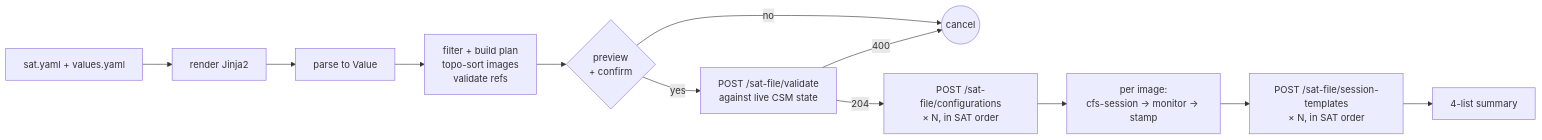
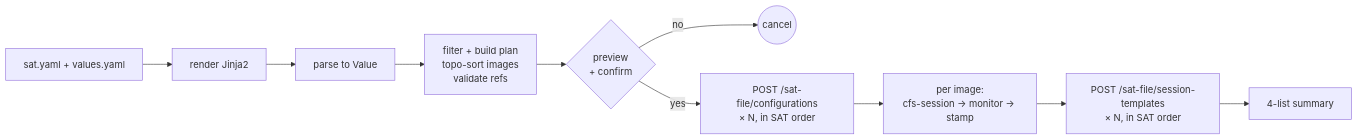
Before and after one commit to eth-cscs/manta: the first of 4 diagrams in GUIDE.md, drawn with Mermaid. The commit also changed other lines of this file and 13 other files, not shown here.

````diff
--- a/GUIDE.md
+++ b/GUIDE.md
@@ -183,14 +181,12 @@
 ```mermaid
 flowchart LR
   A[sat.yaml + values.yaml] --> B[render Jinja2]
   B --> C[parse to Value]
   C --> D[filter + build plan<br/>topo-sort images<br/>validate refs]
   D --> E{preview<br/>+ confirm}
   E -->|no| X((cancel))
-  E -->|yes| V[POST /sat-file/validate<br/>against live CSM state]
-  V -->|400| X
-  V -->|204| F[POST /sat-file/configurations<br/>× N, in SAT order]
+  E -->|yes| F[POST /sat-file/configurations<br/>× N, in SAT order]
   F --> G[per image:<br/>cfs-session → monitor → stamp]
   G --> H[POST /sat-file/session-templates<br/>× N, in SAT order]
   H --> I[4-list summary]
 ```
````
